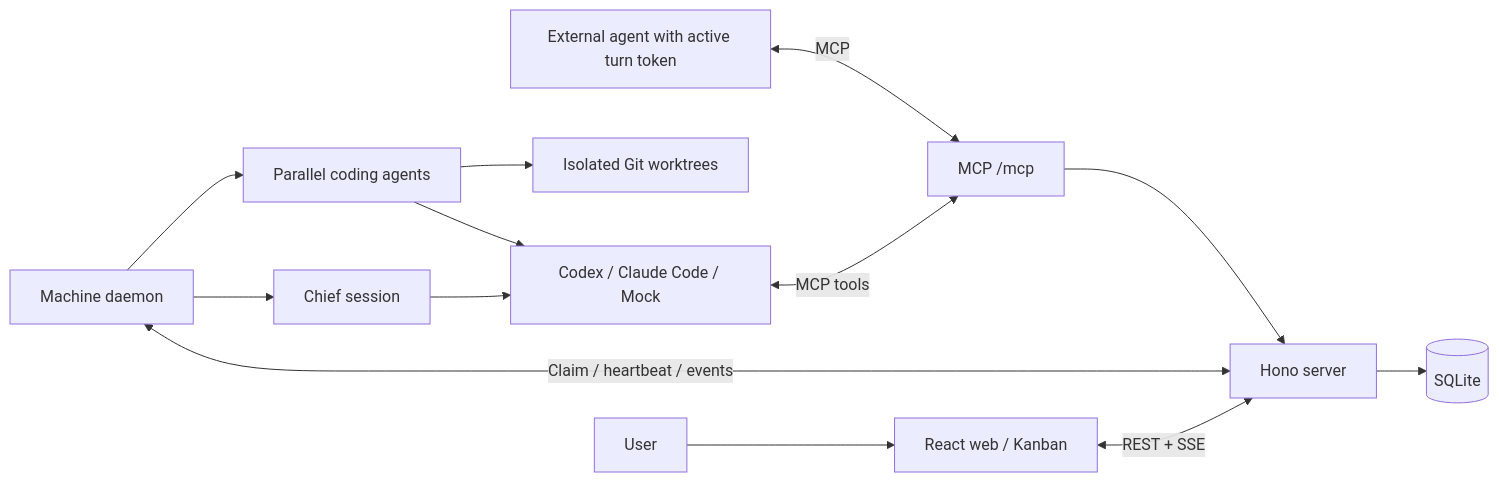
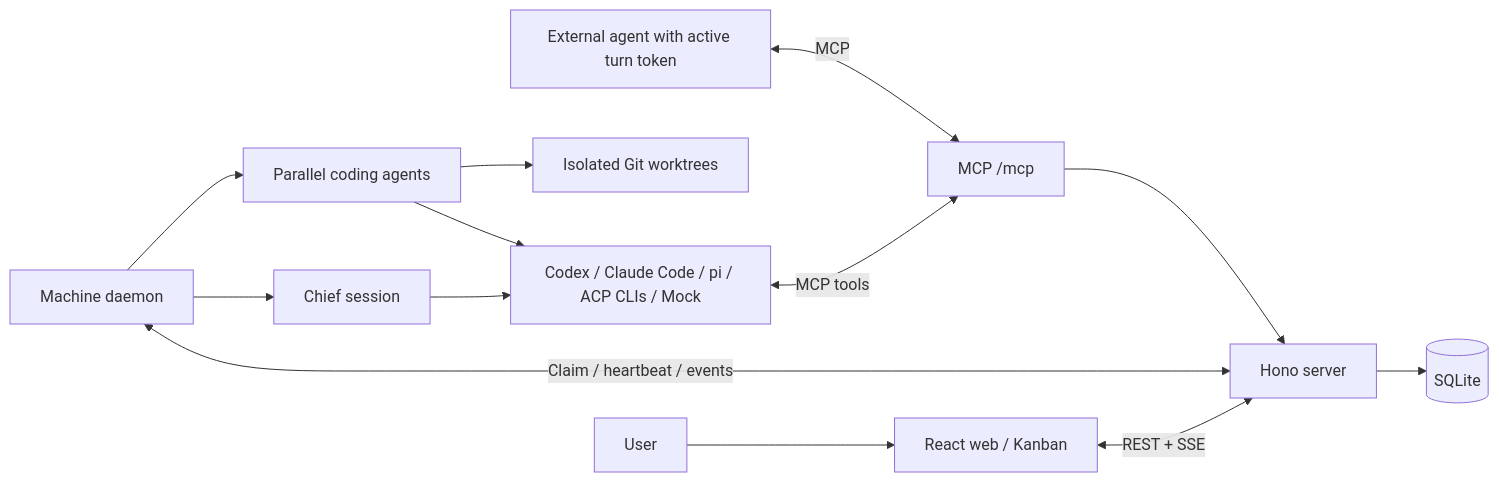
The diagram in README.md (Wale-Shi/Muster), drawn with Mermaid before and after one commit. The commit also changed other lines of this file and 26 other files, not shown here.

First line of the commit message:
Runtimes: add pi/omp (RPC) and 10 ACP coding-agent CLIs

````diff
--- a/README.md
+++ b/README.md
@@ -218,15 +238,15 @@
 ```mermaid
 flowchart LR
   User[User] --> Web[React web / Kanban]
   Web <-->|REST + SSE| Server[Hono server]
   Server --> DB[(SQLite)]
   Daemon[Machine daemon] <-->|Claim / heartbeat / events| Server
   Daemon --> Chief[Chief session]
   Daemon --> Agents[Parallel coding agents]
   Agents --> Trees[Isolated Git worktrees]
-  Chief --> Runtimes[Codex / Claude Code / Mock]
+  Chief --> Runtimes[Codex / Claude Code / pi / ACP CLIs / Mock]
   Agents --> Runtimes
   Runtimes <-->|MCP tools| MCP[MCP /mcp]
   External[External agent with active turn token] <-->|MCP| MCP
   MCP --> Server
 ```
````
